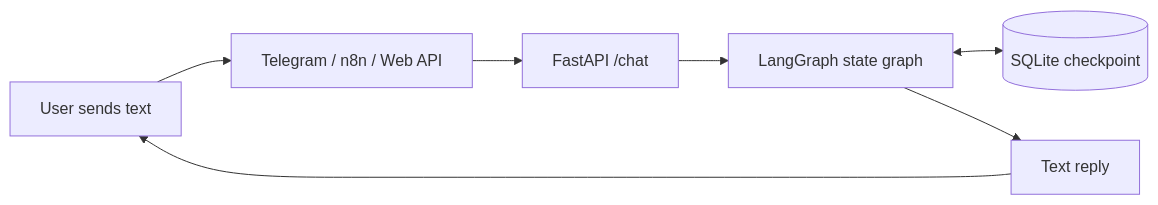
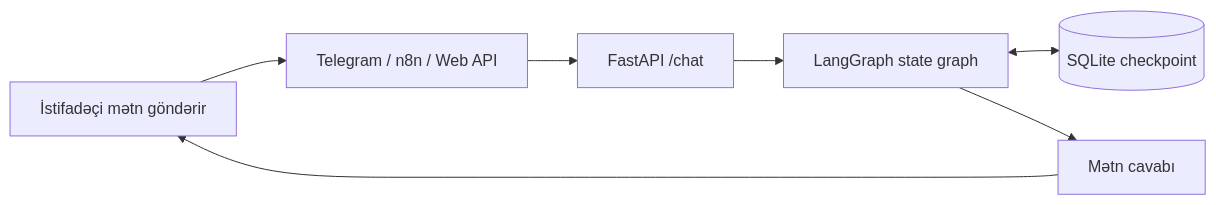
One commit to AlimAlirzayev/voice-ai-agent changed the second of 4 diagrams in README.md. Above: the diagram before and after it, drawn with Mermaid. The commit also changed other lines of this file, not shown here.

````diff
--- a/README.md
+++ b/README.md
@@ -31,9 +31,9 @@
 ```mermaid
 flowchart LR
-    USER["User sends text"] --> ENTRY["Telegram / n8n / Web API"]
+    USER["İstifadəçi mətn göndərir"] --> ENTRY["Telegram / n8n / Web API"]
     ENTRY --> CHAT["FastAPI /chat"]
     CHAT --> GRAPH["LangGraph state graph"]
     GRAPH <--> MEMORY[("SQLite checkpoint")]
-    GRAPH --> TEXT["Text reply"]
+    GRAPH --> TEXT["Mətn cavabı"]
     TEXT --> USER
 ```
````
